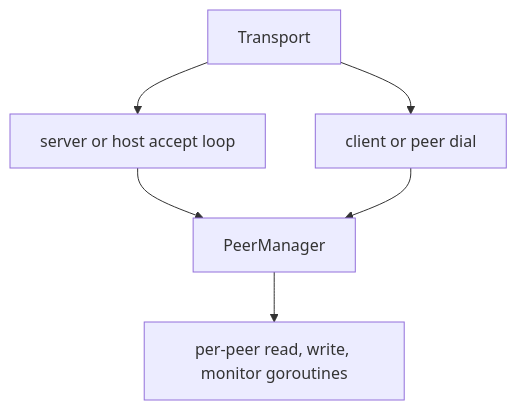
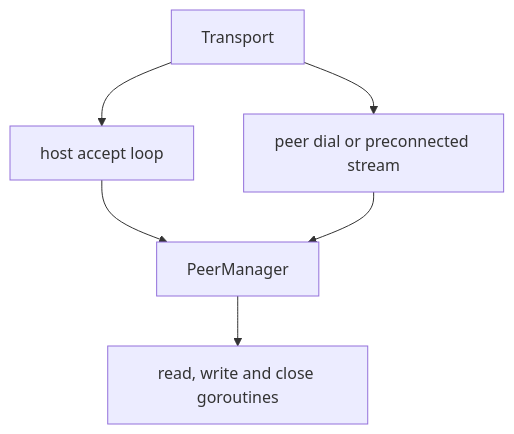
One commit to lixenwraith/vi-fighter changed the third of 3 diagrams in doc/services-and-networking.md. Above: the diagram before and after it, drawn with Mermaid. The commit also changed other lines of this file and 12 other files, not shown here.

````diff
--- a/doc/services-and-networking.md
+++ b/doc/services-and-networking.md
@@ -152,8 +159,8 @@
 ```mermaid
 flowchart TD
-    Transport["Transport"] --> Listener["server or host accept loop"]
-    Transport --> Dial["client or peer dial"]
+    Transport["Transport"] --> Listener["host accept loop"]
+    Transport --> Dial["peer dial or preconnected stream"]
     Listener --> Manager["PeerManager"]
     Dial --> Manager
-    Manager --> Peer["per-peer read, write, monitor goroutines"]
+    Manager --> Peer["read, write and close goroutines"]
 ```
````
